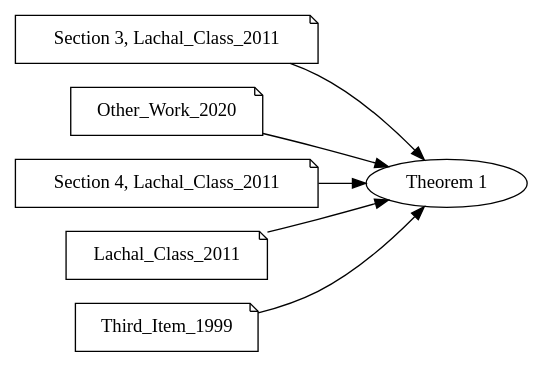
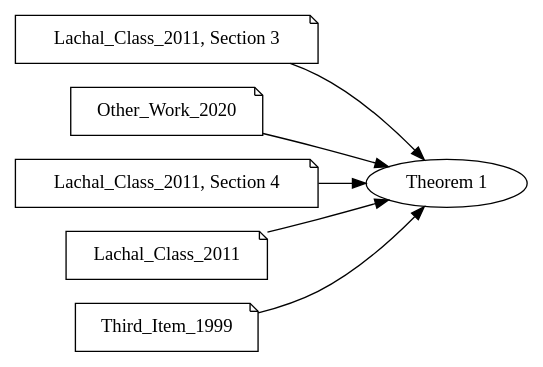
The diagram in examples/natbibcite/reference.dot (PierreSenellart/proofgraph), drawn with Graphviz before and after one commit. The commit also changed 20 other files, not shown here.

```diff
--- a/examples/natbibcite/reference.dot
+++ b/examples/natbibcite/reference.dot
@@ -1,14 +1,14 @@
 digraph proofgraph {
   rankdir="LR";
   "n1" [label="Theorem 1"];
-  "c@1" [label="Section 3, Lachal_Class_2011",shape=note];
+  "c@1" [label="Lachal_Class_2011, Section 3",shape=note];
   "c@1" -> "n1";
   "c@2" [label="Other_Work_2020",shape=note];
   "c@2" -> "n1";
-  "c@3" [label="Section 4, Lachal_Class_2011",shape=note];
+  "c@3" [label="Lachal_Class_2011, Section 4",shape=note];
   "c@3" -> "n1";
   "c@4" [label="Lachal_Class_2011",shape=note];
   "c@4" -> "n1";
   "c@5" [label="Third_Item_1999",shape=note];
   "c@5" -> "n1";
 }
```
